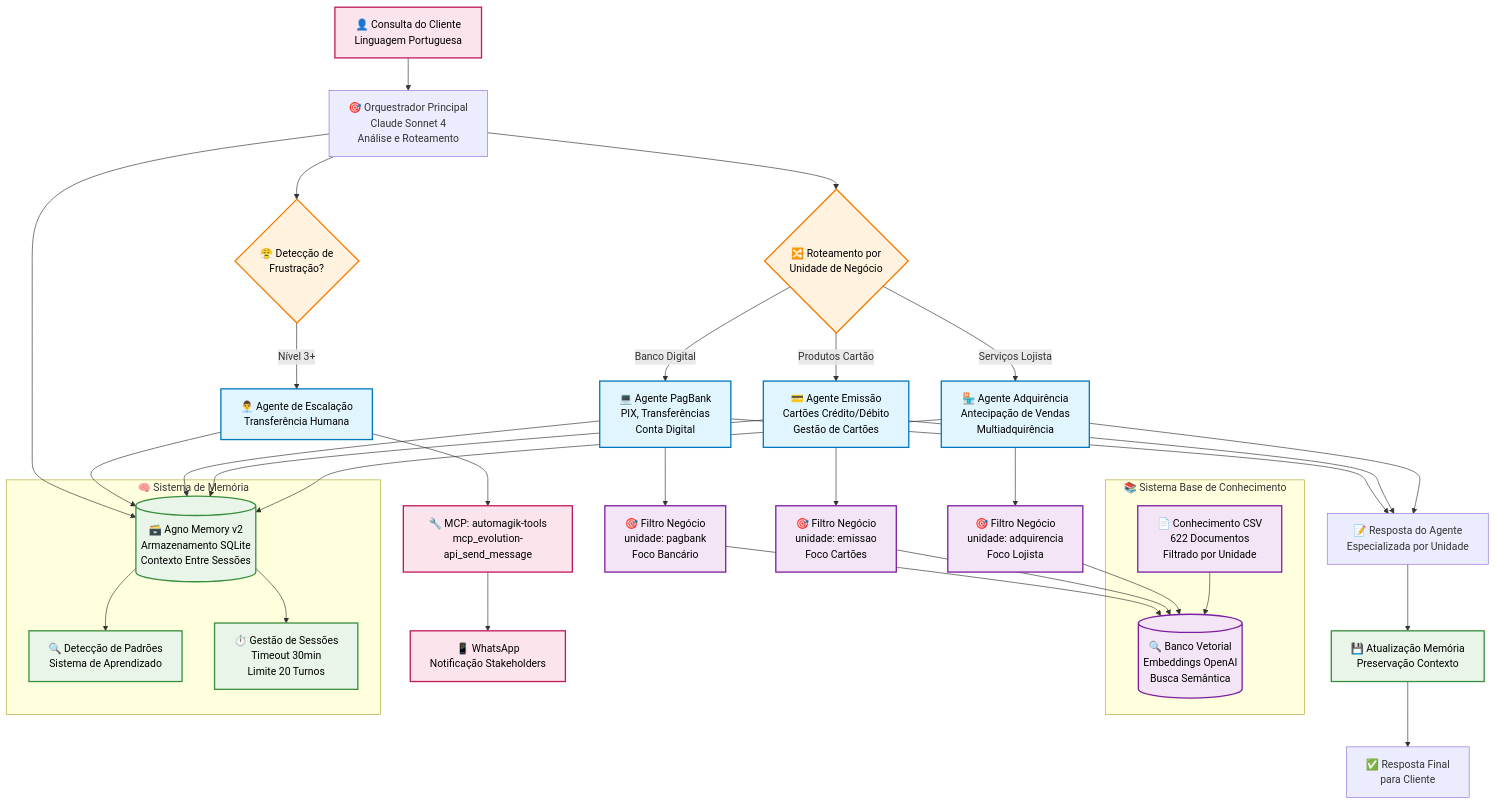
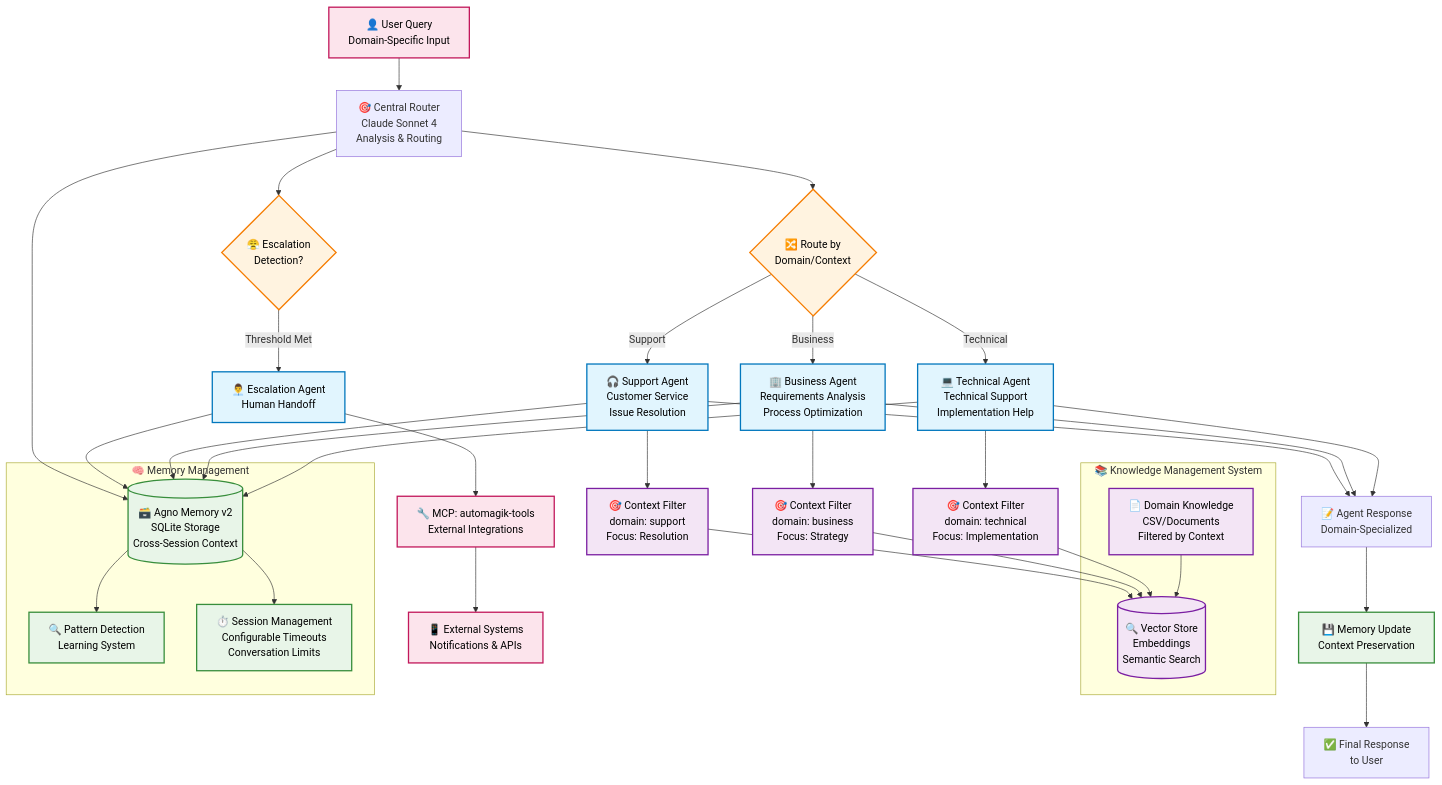
The diagram in README.md (namastexlabs/automagik-hive), drawn with Mermaid before and after one commit. The commit also changed other lines of this file and 63 other files, not shown here.

````diff
--- a/README.md
+++ b/README.md
@@ -9,77 +9,77 @@
 ```mermaid
 graph TB
-    %% Ponto de Entrada do Cliente
-    Customer[👤 Consulta do Cliente<br/>Linguagem Portuguesa] --> Orchestrator
+    %% User Entry Point
+    User[👤 User Query<br/>Domain-Specific Input] --> Router
 
-    %% Orquestrador Principal
-    Orchestrator[🎯 Orquestrador Principal<br/>Claude Sonnet 4<br/>Análise e Roteamento]
+    %% Central Router
+    Router[🎯 Central Router<br/>Claude Sonnet 4<br/>Analysis & Routing]
     
-    %% Decisão de Roteamento
-    Orchestrator --> Routing{🔀 Roteamento por<br/>Unidade de Negócio}
+    %% Routing Decision
+    Router --> Routing{🔀 Route by<br/>Domain/Context}
     
-    %% Detecção de Escalação Humana
-    Orchestrator --> HumanCheck{😤 Detecção de<br/>Frustração?}
-    HumanCheck -->|Nível 3+| HumanAgent[👨‍💼 Agente de Escalação<br/>Transferência Humana]
-    HumanAgent --> McpTool[🔧 MCP: automagik-tools<br/>mcp_evolution-api_send_message]
-    McpTool --> WhatsApp[📱 WhatsApp<br/>Notificação Stakeholders]
+    %% Human Escalation Detection
+    Router --> EscalationCheck{😤 Escalation<br/>Detection?}
+    EscalationCheck -->|Threshold Met| HumanAgent[👨‍💼 Escalation Agent<br/>Human Handoff]
+    HumanAgent --> McpTool[🔧 MCP: automagik-tools<br/>External Integrations]
+    McpTool --> ExternalSystems[📱 External Systems<br/>Notifications & APIs]
     
-    %% Agentes por Unidade de Negócio
-    Routing -->|Serviços Lojista| AdquirenciaAgent[🏪 Agente Adquirência<br/>Antecipação de Vendas<br/>Multiadquirência]
-    Routing -->|Produtos Cartão| EmissaoAgent[💳 Agente Emissão<br/>Cartões Crédito/Débito<br/>Gestão de Cartões]
-    Routing -->|Banco Digital| PagBankAgent[💻 Agente PagBank<br/>PIX, Transferências<br/>Conta Digital]
+    %% Domain Agents
+    Routing -->|Technical| TechAgent[💻 Technical Agent<br/>Technical Support<br/>Implementation Help]
+    Routing -->|Business| BusinessAgent[🏢 Business Agent<br/>Requirements Analysis<br/>Process Optimization]
+    Routing -->|Support| SupportAgent[🎧 Support Agent<br/>Customer Service<br/>Issue Resolution]
     
-    %% Sistema Base de Conhecimento
-    subgraph Knowledge["📚 Sistema Base de Conhecimento"]
-        CSV[📄 Conhecimento CSV<br/>622 Documentos<br/>Filtrado por Unidade]
-        Vector[(🔍 Banco Vetorial<br/>Embeddings OpenAI<br/>Busca Semântica)]
-        CSV --> Vector
+    %% Knowledge System
+    subgraph Knowledge["📚 Knowledge Management System"]
+        KB[📄 Domain Knowledge<br/>CSV/Documents<br/>Filtered by Context]
+        Vector[(🔍 Vector Store<br/>Embeddings<br/>Semantic Search)]
+        KB --> Vector
     end
     
-    %% Filtragem por Unidade
-    AdquirenciaAgent --> Filter1[🎯 Filtro Negócio<br/>unidade: adquirencia<br/>Foco Lojista]
-    EmissaoAgent --> Filter2[🎯 Filtro Negócio<br/>unidade: emissao<br/>Foco Cartões]
-    PagBankAgent --> Filter3[🎯 Filtro Negócio<br/>unidade: pagbank<br/>Foco Bancário]
+    %% Domain Filtering
+    TechAgent --> Filter1[🎯 Context Filter<br/>domain: technical<br/>Focus: Implementation]
+    BusinessAgent --> Filter2[🎯 Context Filter<br/>domain: business<br/>Focus: Strategy]
+    SupportAgent --> Filter3[🎯 Context Filter<br/>domain: support<br/>Focus: Resolution]
     
-    %% Consultas de Conhecimento
+    %% Knowledge Queries
     Filter1 --> Vector
     Filter2 --> Vector
     Filter3 --> Vector
     
-    %% Sistema de Memória
-    subgraph Memory["🧠 Sistema de Memória"]
-        AgnoMemory[(🗃️ Agno Memory v2<br/>Armazenamento SQLite<br/>Contexto Entre Sessões)]
-        PatternDetect[🔍 Detecção de Padrões<br/>Sistema de Aprendizado]
-        SessionMgmt[⏱️ Gestão de Sessões<br/>Timeout 30min<br/>Limite 20 Turnos]
+    %% Memory System
+    subgraph Memory["🧠 Memory Management"]
+        AgnoMemory[(🗃️ Agno Memory v2<br/>SQLite Storage<br/>Cross-Session Context)]
+        PatternDetect[🔍 Pattern Detection<br/>Learning System]
+        SessionMgmt[⏱️ Session Management<br/>Configurable Timeouts<br/>Conversation Limits]
     end
     
-    %% Integração de Memória
-    AdquirenciaAgent --> AgnoMemory
-    EmissaoAgent --> AgnoMemory
-    PagBankAgent --> AgnoMemory
+    %% Memory Integration
+    TechAgent --> AgnoMemory
+    BusinessAgent --> AgnoMemory
+    SupportAgent --> AgnoMemory
     HumanAgent --> AgnoMemory
-    Orchestrator --> AgnoMemory
+    Router --> AgnoMemory
     
     AgnoMemory --> PatternDetect
     AgnoMemory --> SessionMgmt
     
-    %% Fluxo de Resposta
-    AdquirenciaAgent --> Response[📝 Resposta do Agente<br/>Especializada por Unidade]
-    EmissaoAgent --> Response
-    PagBankAgent --> Response
+    %% Response Flow
+    TechAgent --> Response[📝 Agent Response<br/>Domain-Specialized]
+    BusinessAgent --> Response
+    SupportAgent --> Response
     
-    Response --> MemoryUpdate[💾 Atualização Memória<br/>Preservação Contexto]
-    MemoryUpdate --> FinalResponse[✅ Resposta Final<br/>para Cliente]
+    Response --> MemoryUpdate[💾 Memory Update<br/>Context Preservation]
+    MemoryUpdate --> FinalResponse[✅ Final Response<br/>to User]
     
     %% Styling
     classDef agent fill:#e1f5fe,stroke:#0277bd,stroke-width:2px,color:#000000
     classDef knowledge fill:#f3e5f5,stroke:#7b1fa2,stroke-width:2px,color:#000000
     classDef memory fill:#e8f5e8,stroke:#388e3c,stroke-width:2px,color:#000000
     classDef decision fill:#fff3e0,stroke:#f57c00,stroke-width:2px,color:#000000
     classDef external fill:#fce4ec,stroke:#c2185b,stroke-width:2px,color:#000000
     
-    class AdquirenciaAgent,EmissaoAgent,PagBankAgent,HumanAgent agent
-    class CSV,Vector,Filter1,Filter2,Filter3 knowledge
+    class TechAgent,BusinessAgent,SupportAgent,HumanAgent agent
+    class KB,Vector,Filter1,Filter2,Filter3 knowledge
     class AgnoMemory,PatternDetect,SessionMgmt,MemoryUpdate memory
-    class Routing,HumanCheck decision
-    class WhatsApp,Customer,McpTool external
+    class Routing,EscalationCheck decision
+    class ExternalSystems,User,McpTool external
 ```
````
